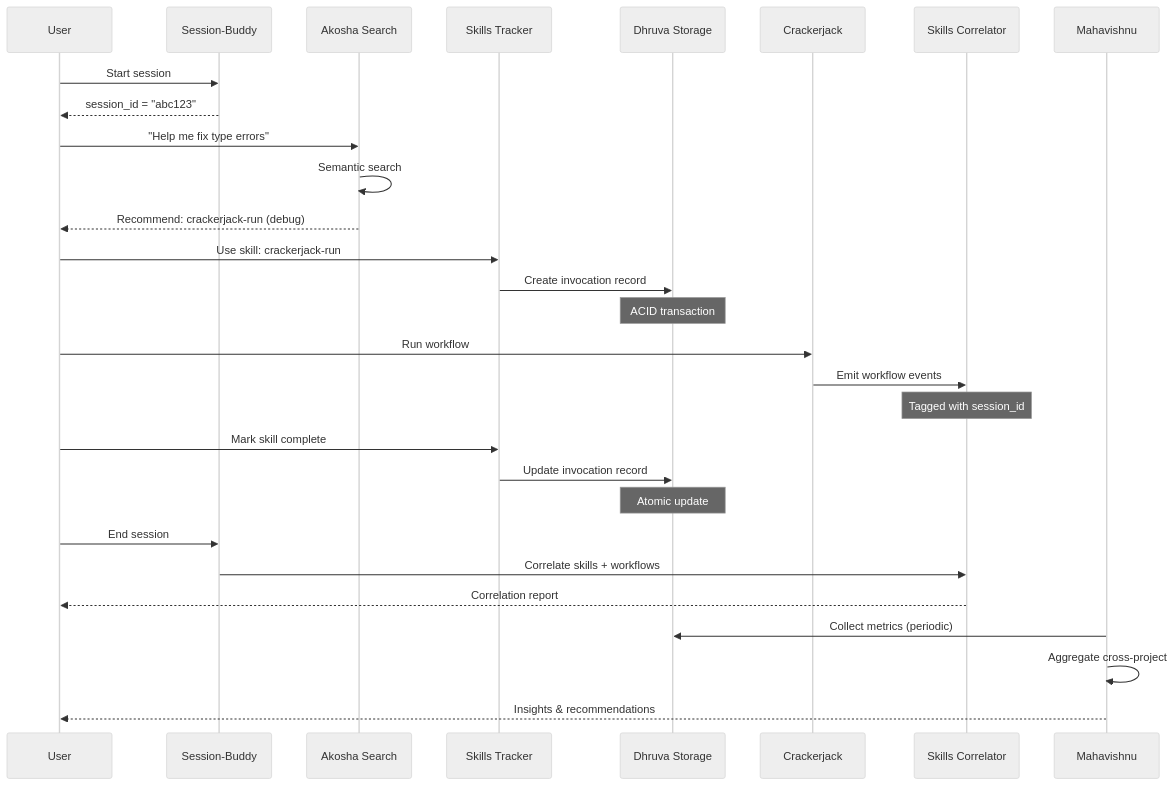
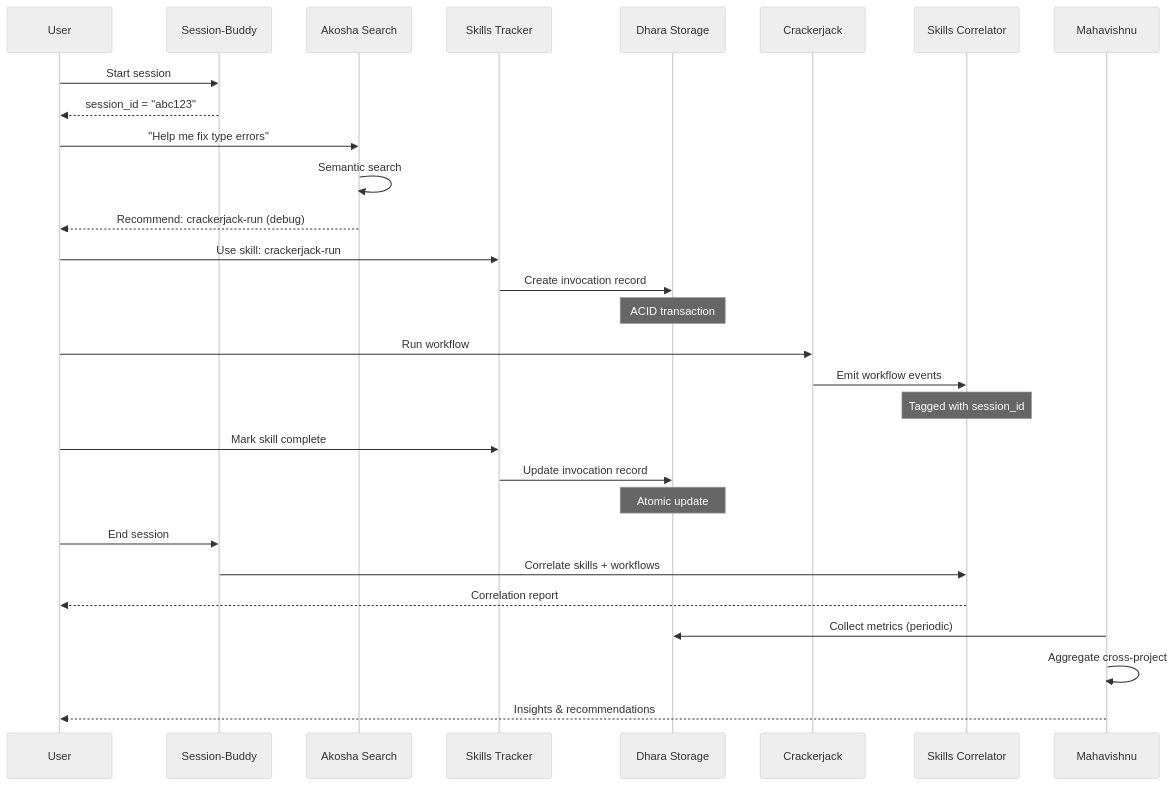
Before and after one commit to lesleslie/crackerjack: the second of 4 diagrams in docs/diagrams/skills-ecosystem-mermaid.md, drawn with Mermaid (neutral theme). The commit also changed other lines of this file and 36 other files, not shown here.

````diff
--- a/docs/diagrams/skills-ecosystem-mermaid.md
+++ b/docs/diagrams/skills-ecosystem-mermaid.md
@@ -69,38 +69,38 @@
 ```mermaid
 sequenceDiagram
     participant U as User
     participant SB as Session-Buddy
     participant AS as Akosha Search
     participant ST as Skills Tracker
-    participant SS as Dhruva Storage
+    participant SS as Dhara Storage
     participant CW as Crackerjack
     participant SC as Skills Correlator
     participant MA as Mahavishnu
 
     U->>SB: Start session
     SB-->>U: session_id = "abc123"
 
     U->>AS: "Help me fix type errors"
     AS->>AS: Semantic search
     AS-->>U: Recommend: crackerjack-run (debug)
 
     U->>ST: Use skill: crackerjack-run
     ST->>SS: Create invocation record
     Note over SS: ACID transaction
 
     U->>CW: Run workflow
     CW->>SC: Emit workflow events
     Note over SC: Tagged with session_id
 
     U->>ST: Mark skill complete
     ST->>SS: Update invocation record
     Note over SS: Atomic update
 
     U->>SB: End session
     SB->>SC: Correlate skills + workflows
     SC-->>U: Correlation report
 
     MA->>SS: Collect metrics (periodic)
     MA->>MA: Aggregate cross-project
     MA-->>U: Insights & recommendations
 ```
````
